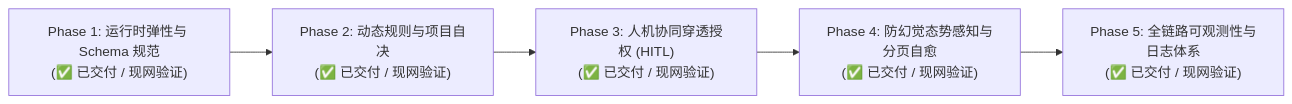
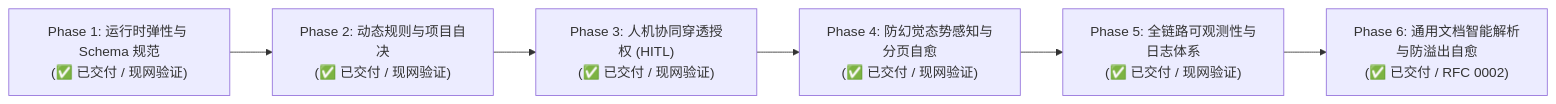
Before and after one commit to yimmr/codexen: the diagram in docs/evolution-roadmap.md, drawn with Mermaid. The commit also changed other lines of this file and 11 other files, not shown here.

````diff
--- a/docs/evolution-roadmap.md
+++ b/docs/evolution-roadmap.md
@@ -10,10 +10,11 @@
 ```mermaid
 flowchart LR
     Phase1["Phase 1: 运行时弹性与 Schema 规范<br/>(✅ 已交付 / 现网验证)"]
     Phase2["Phase 2: 动态规则与项目自决<br/>(✅ 已交付 / 现网验证)"]
     Phase3["Phase 3: 人机协同穿透授权 (HITL)<br/>(✅ 已交付 / 现网验证)"]
     Phase4["Phase 4: 防幻觉态势感知与分页自愈<br/>(✅ 已交付 / 现网验证)"]
     Phase5["Phase 5: 全链路可观测性与日志体系<br/>(✅ 已交付 / 现网验证)"]
+    Phase6["Phase 6: 通用文档智能解析与防溢出自愈<br/>(✅ 已交付 / RFC 0002)"]
 
-    Phase1 --> Phase2 --> Phase3 --> Phase4 --> Phase5
+    Phase1 --> Phase2 --> Phase3 --> Phase4 --> Phase5 --> Phase6
 ```
````
